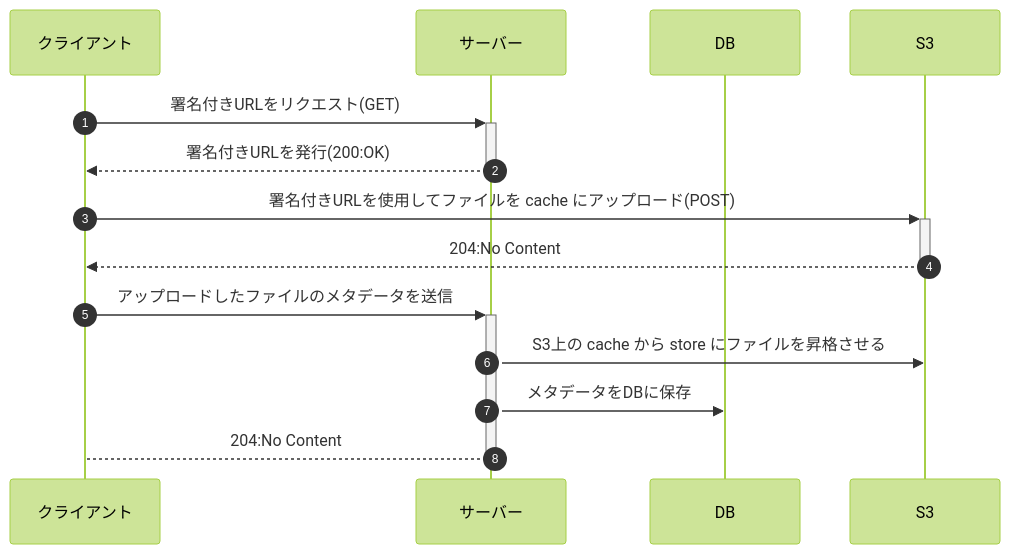
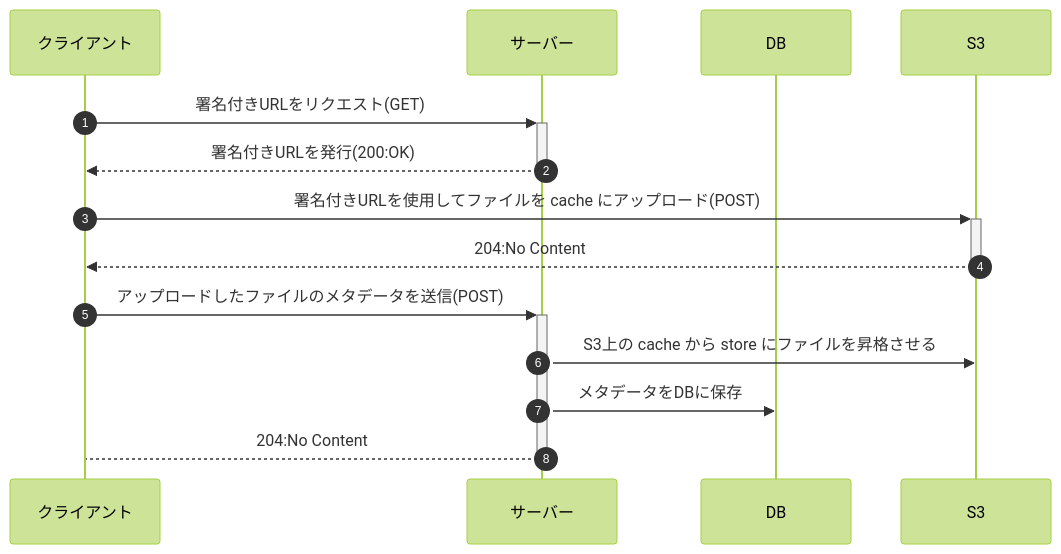
Before and after one commit to MorrisFreeman/direct-upload-demo: the diagram in README.md, drawn with Mermaid (forest theme).

````diff
--- a/README.md
+++ b/README.md
@@ -6,18 +6,18 @@
 ```mermaid
 sequenceDiagram
     autonumber
     participant Client as クライアント
     participant Server as サーバー
     participant DB as DB
     participant S3 as S3
 
 
     Client->>+Server: 署名付きURLをリクエスト(GET)
     Server-->>-Client: 署名付きURLを発行(200:OK)
     Client->>+S3: 署名付きURLを使用してファイルを cache にアップロード(POST)
     S3-->>-Client: 204:No Content
-    Client->>+Server: アップロードしたファイルのメタデータを送信
+    Client->>+Server: アップロードしたファイルのメタデータを送信(POST)
     Server->>S3: S3上の cache から store にファイルを昇格させる
     Server->>DB: メタデータをDBに保存
     Server-->-Client: 204:No Content
 ```
````
